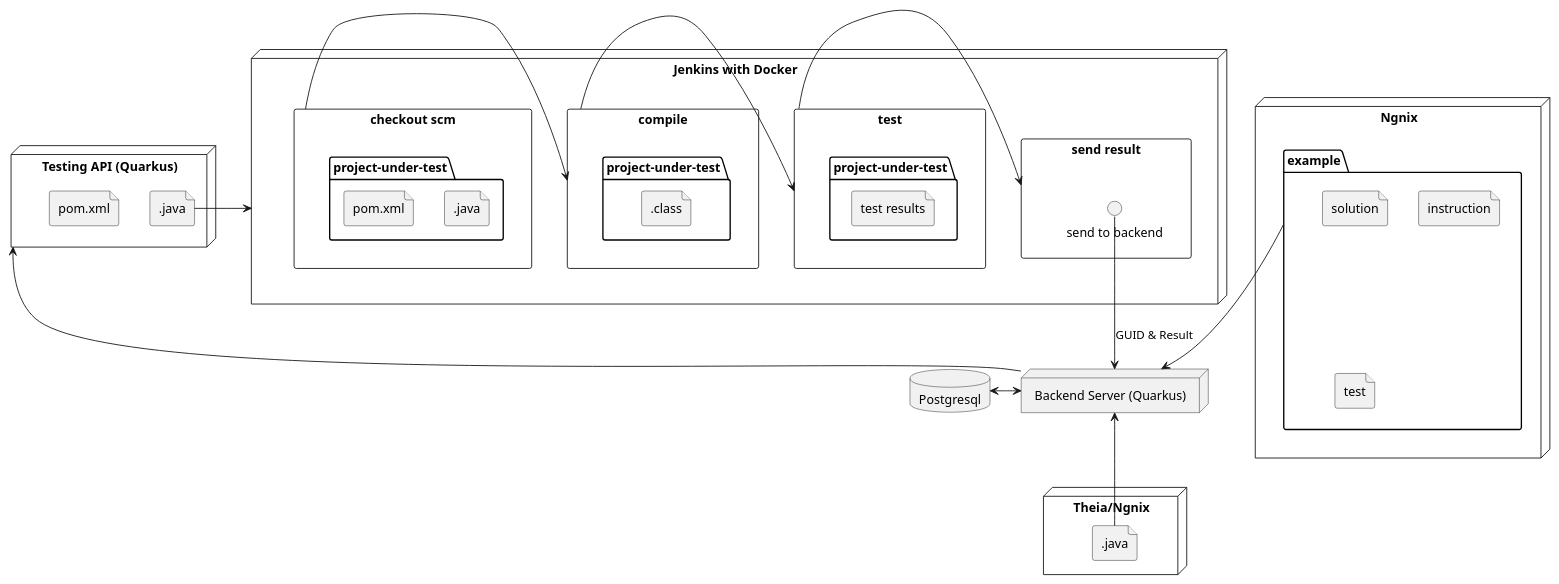
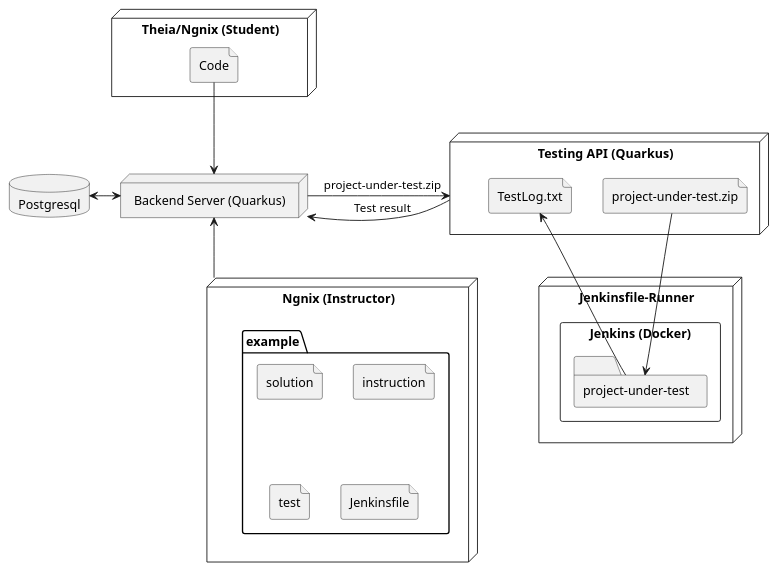
The diagram in revealjs/assets/sequence.puml (donnabauerc/LeoCodeDocs), drawn with PlantUML before and after one commit. The commit also changed 8 other files, not shown here.

```diff
--- a/revealjs/assets/sequence.puml
+++ b/revealjs/assets/sequence.puml
@@ -1,72 +1,45 @@
 @startuml
-node "Ngnix" as instructor {
-
+node "Ngnix (Instructor)" as instructor {
     folder "example" as fo5 {
         file "solution" as file2
         file "instruction" as file3
         file "test" as file4
+        file "Jenkinsfile" as file5
     }
 
 }
 
-node "Theia/Ngnix" {
-    file ".java" as student
+node "Theia/Ngnix (Student)" {
+    file "Code" as student
 }
 
-node "Backend Server (Quarkus)" as backend{
+node "Backend Server (Quarkus)" as backend {
 
 }
 
 database "Postgresql" as db
 
 node "Testing API (Quarkus)" as testapi{
-    file ".java" as file1
-    file "pom.xml"
+    file "project-under-test.zip" as file1
+    file "TestLog.txt" as testLog
 }
 
-node "Jenkins with Docker" as jenkins {
-    rectangle "send result" as re4 {
-            () "send to backend" as stb
+node "Jenkinsfile-Runner" as jenkins {
+    rectangle "Jenkins (Docker)" as re3{
+            folder "project-under-test" as projectUnderTest
         }
-
-    rectangle "test" as re3{
-            folder "project-under-test" as fo3{
-                  file "test results" as f5
-            }
-        }
-
-    rectangle "compile" as re2{
-            folder "project-under-test" as fo2{
-                      file ".class" as f3
-            }
-        }
-
-    rectangle "checkout scm" as re1{
-        folder "project-under-test" as fo1 {
-                file ".java" as f1
-                file "pom.xml" as f2
-            }
-    }
-
 }
 
+instructor -up-> backend
 
-student -up-> backend
+student --> backend
 
 backend <-left-> db
 
-backend -right-> testapi
+backend -right-> testapi : project-under-test.zip
+testapi -left-> backend : Test result
 
-file1 -right-> jenkins
+file1 --> projectUnderTest
 
-re1 -right-> re2
-
-re2 -right-> re3
-
-re3 -right-> re4
-
-stb --> backend : "GUID & Result"
-
-fo5 -down-> backend
-
+projectUnderTest -up-> testLog
 @enduml
```
